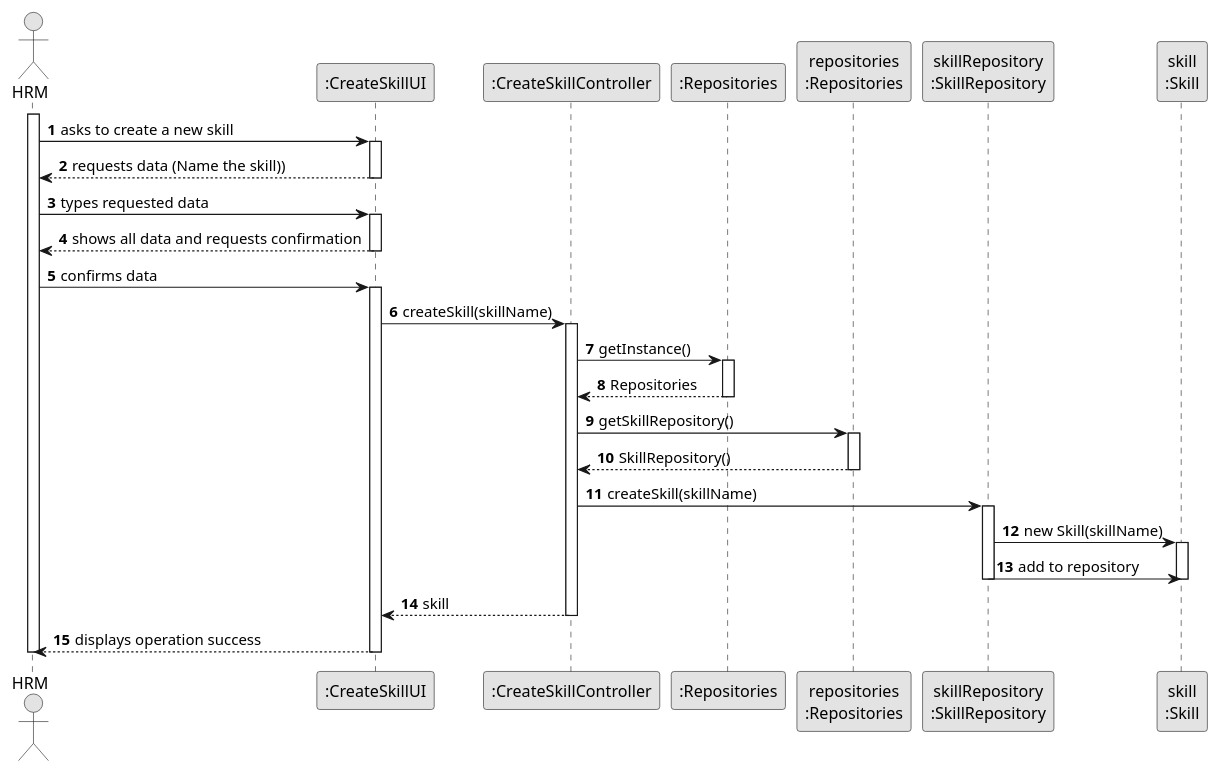
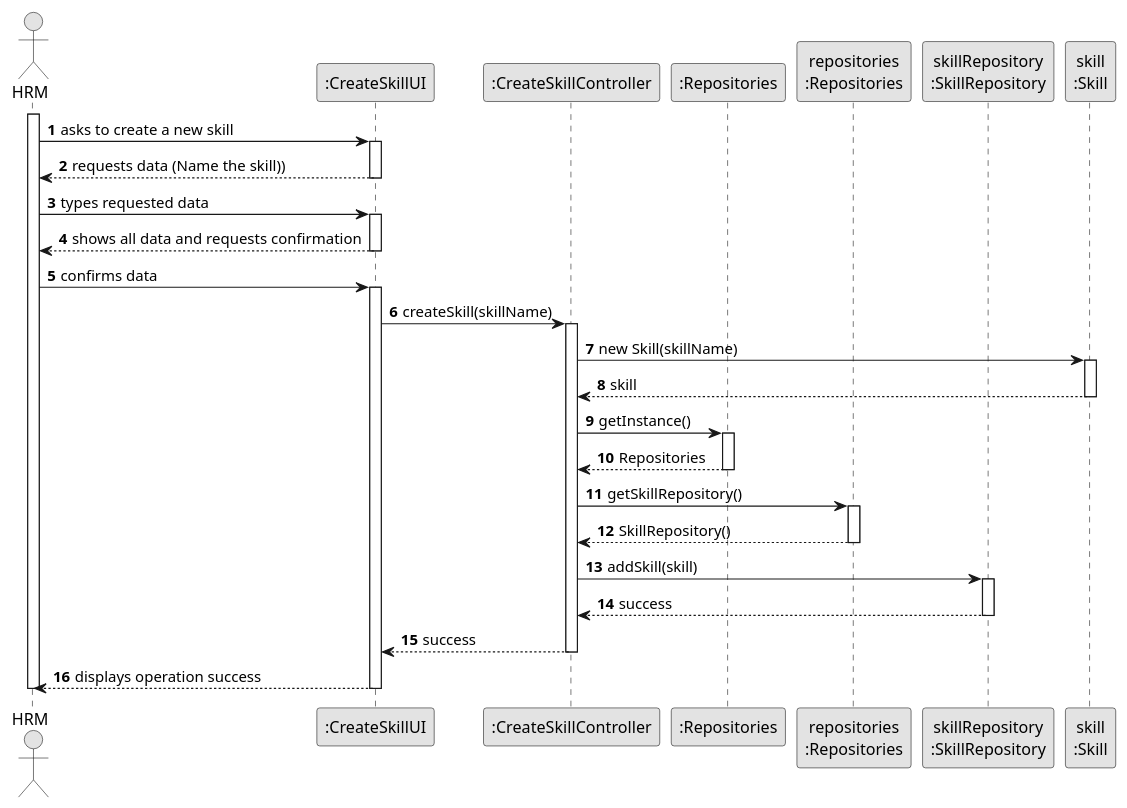
The diagram in docs/sprintB/us001/03.design/puml/us001-sequence-diagram-full.puml (Mendoncaa/LAPR2), drawn with PlantUML before and after one commit. The commit also changed 4 other files, not shown here.

Commit message:
Update class diagram and sequence diagram US001; Update class diagram, sequence diagram and system sequence diagram US004

```diff
--- a/docs/sprintB/us001/03.design/puml/us001-sequence-diagram-full.puml
+++ b/docs/sprintB/us001/03.design/puml/us001-sequence-diagram-full.puml
@@ -1,64 +1,68 @@
 @startuml
 skinparam monochrome true
 skinparam packageStyle rectangle
 skinparam shadowing false
 
 autonumber
 
 'hide footbox
 actor "HRM" as ADM
 participant ":CreateSkillUI" as UI
 participant ":CreateSkillController" as CTRL
 participant ":Repositories" as RepositorySingleton
 participant "repositories\n:Repositories" as PLAT
 participant "skillRepository\n:SkillRepository" as SkillRepository
 participant "skill\n:Skill" as Skill
 
 activate ADM
 
     ADM -> UI : asks to create a new skill
     activate UI
 
     UI --> ADM : requests data (Name the skill))
     deactivate UI
 
     ADM -> UI : types requested data
     activate UI
 
     UI --> ADM : shows all data and requests confirmation
     deactivate UI
 
     ADM -> UI : confirms data
     activate UI
 
     UI -> CTRL : createSkill(skillName)
     activate CTRL
 
+    CTRL -> Skill : new Skill(skillName)
+    activate Skill
+    CTRL <-- Skill : skill
+    deactivate Skill
+
     CTRL -> RepositorySingleton : getInstance()
     activate RepositorySingleton
     CTRL <-- RepositorySingleton : Repositories
     deactivate RepositorySingleton
 
     CTRL -> PLAT : getSkillRepository()
     activate PLAT
     CTRL <-- PLAT : SkillRepository()
     deactivate PLAT
 
-    CTRL -> SkillRepository : createSkill(skillName)
+    CTRL -> SkillRepository : addSkill(skill)
     activate SkillRepository
-        SkillRepository -> Skill : new Skill(skillName)
-        activate Skill
-        SkillRepository -> Skill : add to repository
-        deactivate Skill
+    CTRL <-- SkillRepository : success
     deactivate SkillRepository
 
-    CTRL --> UI : skill
+    CTRL --> UI : success
     deactivate CTRL
 
     UI --> ADM : displays operation success
 deactivate UI
 
 deactivate ADM
 
 
+
+
 @enduml
```
